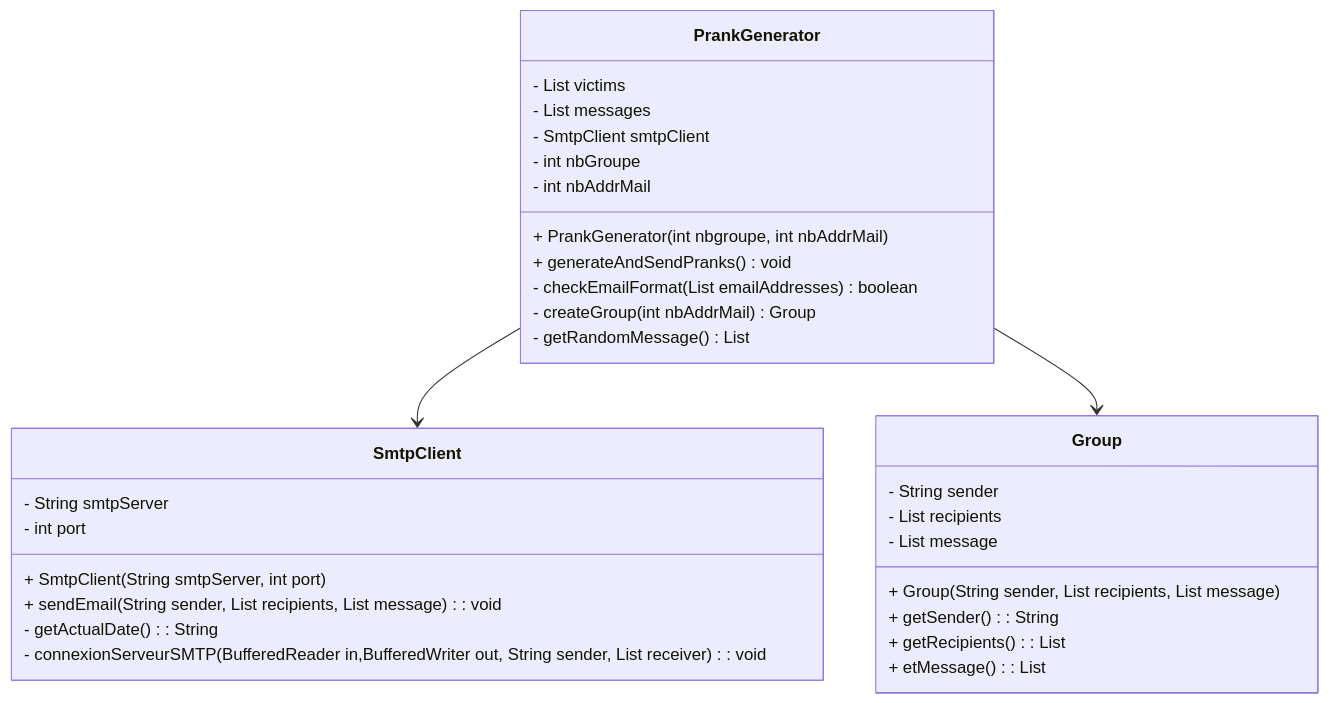
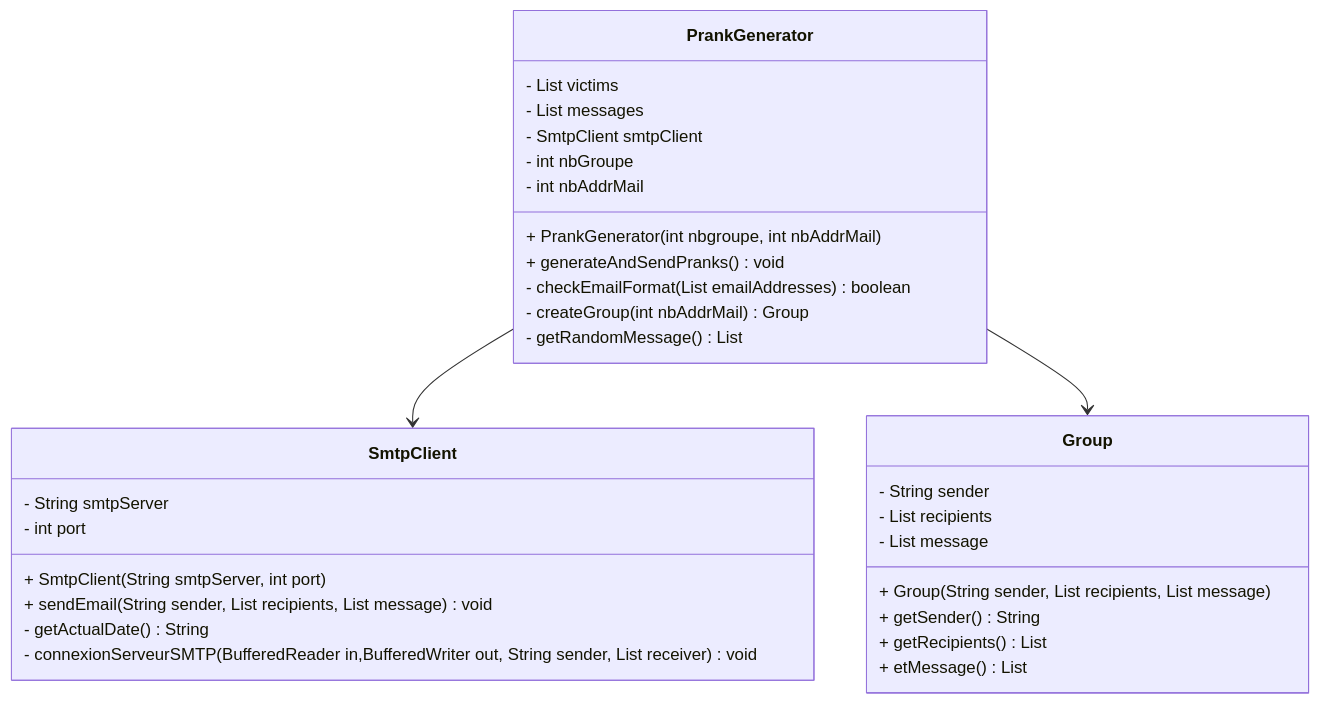
Before and after one commit to aminekhelfi/dai-smtp: the diagram in README.md, drawn with Mermaid.

````diff
--- a/README.md
+++ b/README.md
@@ -47,37 +47,37 @@
 ```mermaid
 classDiagram
 class PrankGenerator {
 - List<String> victims
 - List<String> messages
 - SmtpClient smtpClient
 - int nbGroupe
 - int nbAddrMail
 + PrankGenerator(int nbgroupe, int nbAddrMail)
 + generateAndSendPranks() void
 - checkEmailFormat(List<String> emailAddresses) boolean 
 - createGroup(int nbAddrMail) Group
 - getRandomMessage() List<String>
 }
 
     class SmtpClient {
         - String smtpServer
         - int port
         + SmtpClient(String smtpServer, int port)
-        + sendEmail(String sender, List<String> recipients, List<String> message): void
-        - getActualDate(): String
-        - connexionServeurSMTP(BufferedReader in,BufferedWriter out, String sender, List<String> receiver): void
+        + sendEmail(String sender, List<String> recipients, List<String> message) void
+        - getActualDate() String
+        - connexionServeurSMTP(BufferedReader in,BufferedWriter out, String sender, List<String> receiver) void
     }
 
     class Group {
         - String sender
         - List<String> recipients
         - List<String> message
         + Group(String sender, List<String> recipients, List<String> message)
-        + getSender(): String
-        + getRecipients(): List<String>
-        + etMessage(): List<String>
+        + getSender() String
+        + getRecipients() List<String>
+        + etMessage() List<String>
     }
 
     PrankGenerator --> SmtpClient
     PrankGenerator --> Group
 ```
````
